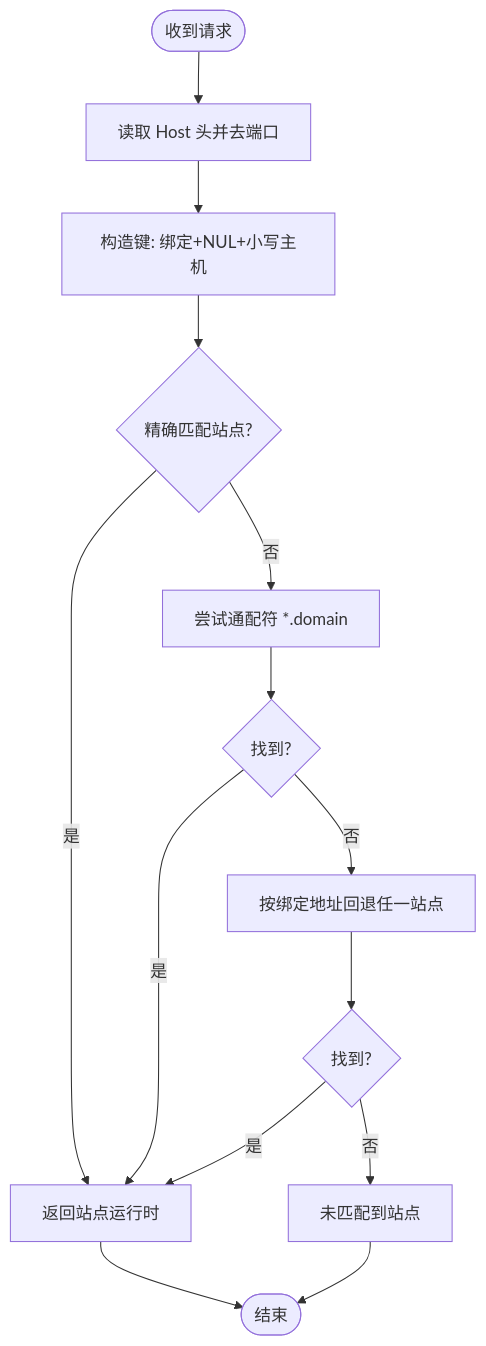
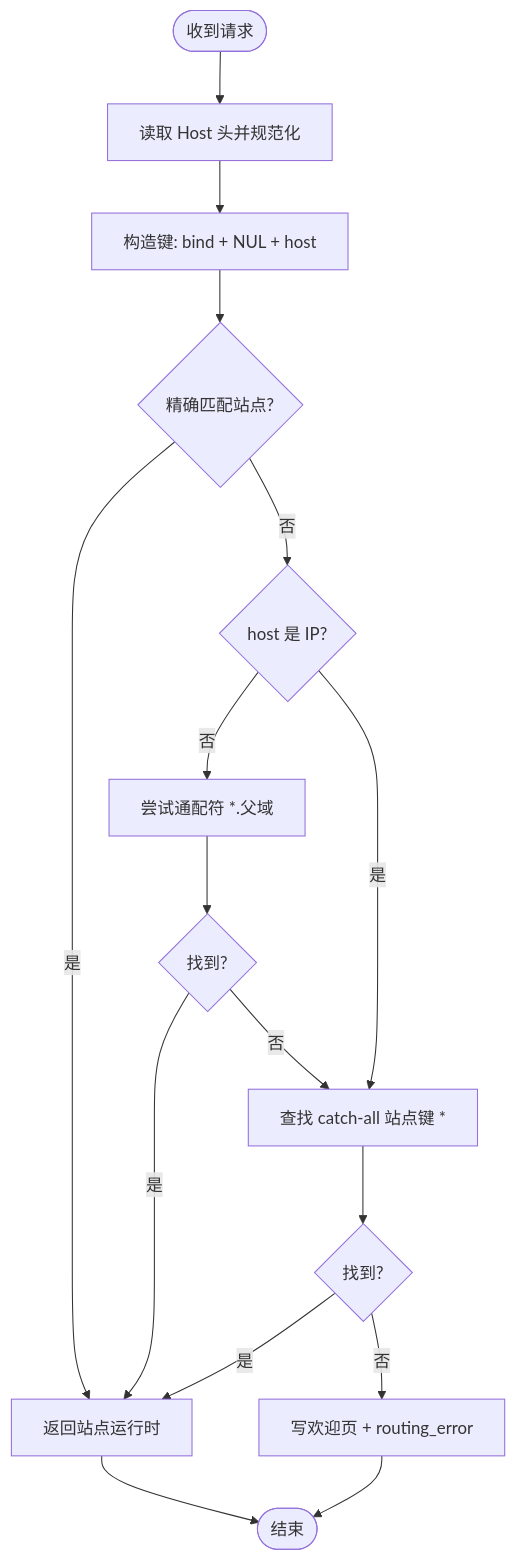
Before and after one commit to x01n/My-OpenWaf: the third of 10 diagrams in docs/数据平面处理/请求处理流程.md, drawn with Mermaid. The commit also changed other lines of this file and 622 other files, not shown here.

````diff
--- a/docs/数据平面处理/请求处理流程.md
+++ b/docs/数据平面处理/请求处理流程.md
@@ -122,16 +169,18 @@
 ```mermaid
 flowchart TD
-Start(["收到请求"]) --> GetHost["读取 Host 头并去端口"]
-GetHost --> MakeKey["构造键: 绑定+NUL+小写主机"]
+Start(["收到请求"]) --> GetHost["读取 Host 头并规范化"]
+GetHost --> MakeKey["构造键: bind + NUL + host"]
 MakeKey --> Exact{"精确匹配站点?"}
 Exact --> |是| ReturnSite["返回站点运行时"]
-Exact --> |否| Wildcard["尝试通配符 *.domain"]
+Exact --> |否| IsIP{"host 是 IP?"}
+IsIP --> |否| Wildcard["尝试通配符 *.父域"]
+IsIP --> |是| CatchAll
 Wildcard --> WildFound{"找到?"}
 WildFound --> |是| ReturnSite
-WildFound --> |否| Fallback["按绑定地址回退任一站点"]
-Fallback --> FBFound{"找到?"}
+WildFound --> |否| CatchAll["查找 catch-all 站点键 *"]
+CatchAll --> FBFound{"找到?"}
 FBFound --> |是| ReturnSite
-FBFound --> |否| NoMatch["未匹配到站点"]
+FBFound --> |否| NoMatch["写欢迎页 + routing_error"]
 ReturnSite --> End(["结束"])
 NoMatch --> End
 ```
````
